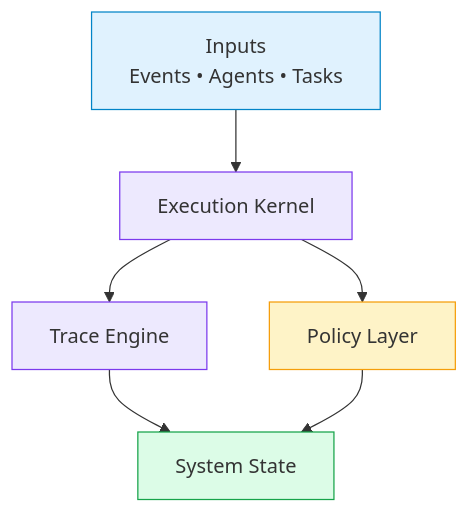
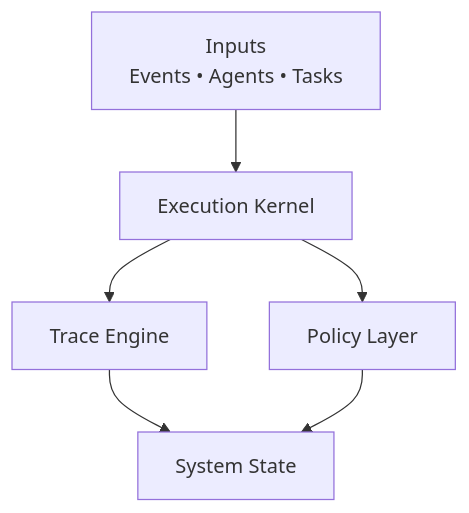
One commit to Hardonian/Hardonian changed the third of 5 diagrams in README.md. Above: the diagram before and after it, drawn with Mermaid. The commit also changed other lines of this file, not shown here.

````diff
--- a/README.md
+++ b/README.md
@@ -164,26 +133,15 @@
 ```mermaid
 flowchart TB
-
-classDef input fill:#e0f2fe,stroke:#0284c7
-classDef engine fill:#ede9fe,stroke:#7c3aed
-classDef policy fill:#fef3c7,stroke:#f59e0b
-classDef state fill:#dcfce7,stroke:#16a34a
 
 Inputs["Inputs\nEvents • Agents • Tasks"]
 Kernel["Execution Kernel"]
 Trace["Trace Engine"]
 Policy["Policy Layer"]
 State["System State"]
 
 Inputs --> Kernel
 Kernel --> Trace
 Kernel --> Policy
 Trace --> State
 Policy --> State
-
-class Inputs input
-class Kernel engine
-class Trace engine
-class Policy policy
-class State state
 ```
````
